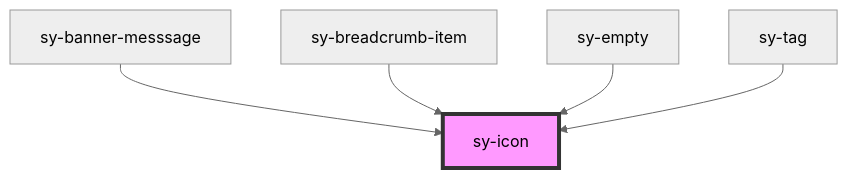
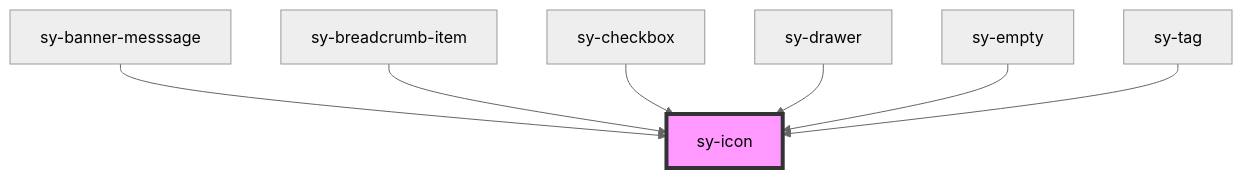
Before and after one commit to ksrae/saida-design-system-components: the diagram in design-system-light/src/components/icon/readme.md, drawn with Mermaid (neutral theme). The commit also changed other lines of this file and 26 other files, not shown here.

Commit message:
checkbox, drawer, button-group 추가

````diff
--- a/design-system-light/src/components/icon/readme.md
+++ b/design-system-light/src/components/icon/readme.md
@@ -34,8 +36,10 @@
 ```mermaid
 graph TD;
   sy-banner-messsage --> sy-icon
   sy-breadcrumb-item --> sy-icon
+  sy-checkbox --> sy-icon
+  sy-drawer --> sy-icon
   sy-empty --> sy-icon
   sy-tag --> sy-icon
   style sy-icon fill:#f9f,stroke:#333,stroke-width:4px
 ```
````
